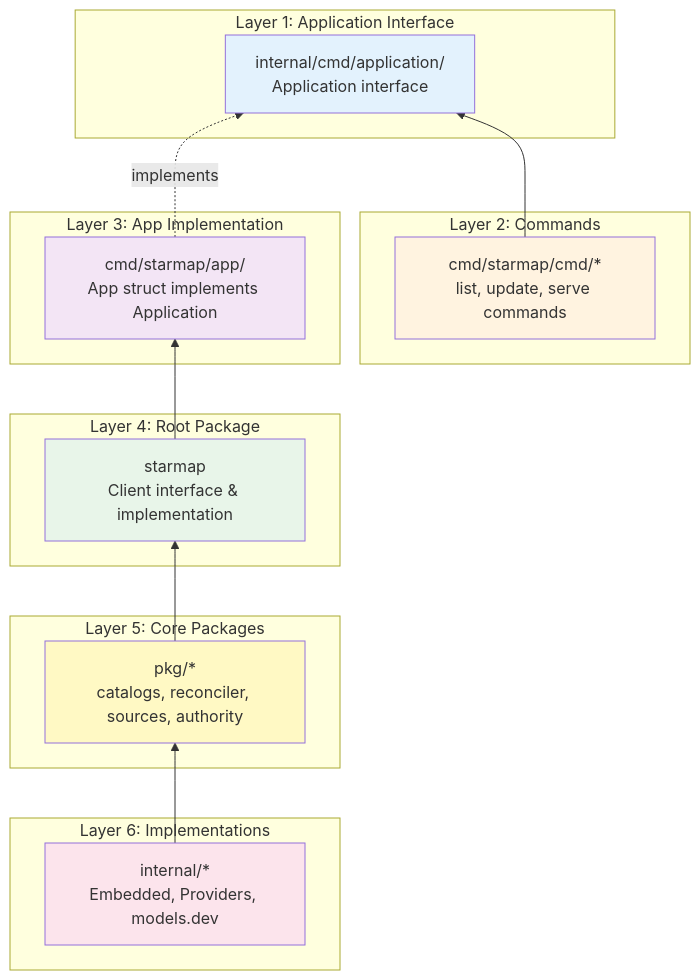
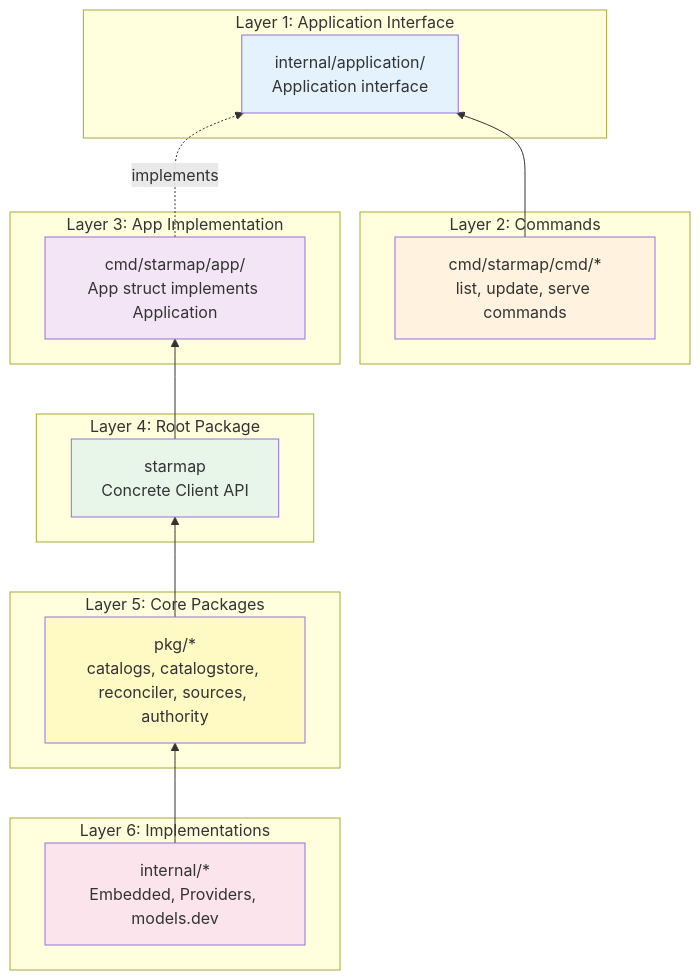
One commit to agentstation/starmap changed the eighth of 8 diagrams in docs/ARCHITECTURE.md. Above: the diagram before and after it, drawn with Mermaid. The commit also changed other lines of this file and 541 other files, not shown here.

````diff
--- a/docs/ARCHITECTURE.md
+++ b/docs/ARCHITECTURE.md
@@ -1366,39 +1862,39 @@
 ```mermaid
 graph BT
     subgraph "Layer 6: Implementations"
         INT[internal/*<br/>Embedded, Providers, models.dev]
     end
 
     subgraph "Layer 5: Core Packages"
-        PKG[pkg/*<br/>catalogs, reconciler, sources, authority]
+        PKG[pkg/*<br/>catalogs, catalogstore, reconciler, sources, authority]
     end
 
     subgraph "Layer 4: Root Package"
-        ROOT[starmap<br/>Client interface & implementation]
+        ROOT[starmap<br/>Concrete Client API]
     end
 
     subgraph "Layer 3: App Implementation"
         APPIMPL[cmd/starmap/app/<br/>App struct implements Application]
     end
 
     subgraph "Layer 2: Commands"
         CMDS[cmd/starmap/cmd/*<br/>list, update, serve commands]
     end
 
     subgraph "Layer 1: Application Interface"
-        APPIF[internal/cmd/application/<br/>Application interface]
+        APPIF[internal/application/<br/>Application interface]
     end
 
     INT --> PKG
     PKG --> ROOT
     ROOT --> APPIMPL
     APPIMPL -.implements.-> APPIF
     CMDS --> APPIF
 
     style APPIF fill:#e3f2fd
     style CMDS fill:#fff3e0
     style APPIMPL fill:#f3e5f5
     style ROOT fill:#e8f5e9
     style PKG fill:#fff9c4
     style INT fill:#fce4ec
 ```
````
